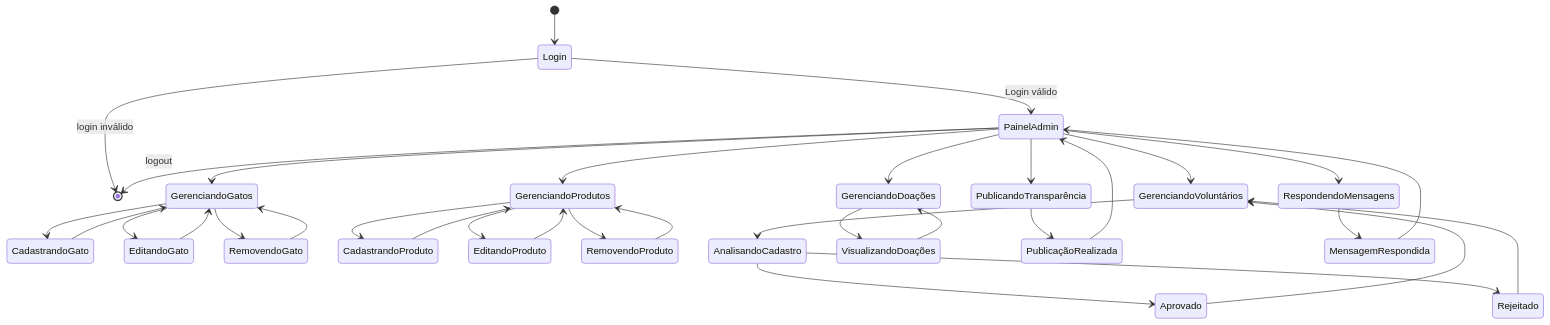
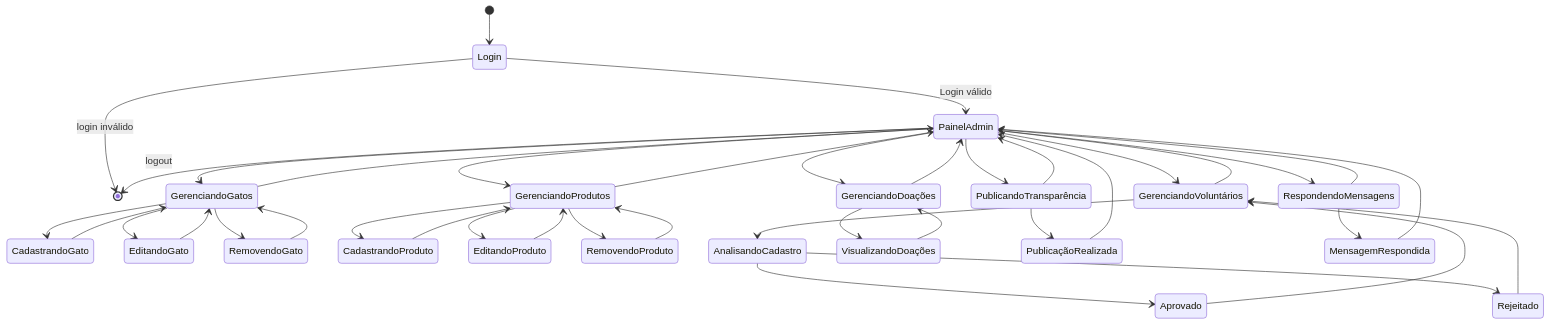
One commit to ligiaoliveira/Casa-dos-Gatos changed the sixth of 6 diagrams in README.md. Above: the diagram before and after it, drawn with Mermaid. The commit also changed other lines of this file, not shown here.

````diff
--- a/README.md
+++ b/README.md
@@ -261,52 +262,63 @@
 ```mermaid
 stateDiagram-v2
 
   [*] --> Login
-
   Login --> PainelAdmin : Login válido
   Login --> [*] : login inválido
 
+  %% HUB CENTRAL
+  state PainelAdmin
+  
+  %% Distribuição equilibrada
   PainelAdmin --> GerenciandoGatos
   PainelAdmin --> GerenciandoProdutos
   PainelAdmin --> GerenciandoVoluntários
   PainelAdmin --> GerenciandoDoações
   PainelAdmin --> PublicandoTransparência
   PainelAdmin --> RespondendoMensagens
+
+  %% Retornos
+  GerenciandoGatos --> PainelAdmin
+  GerenciandoProdutos --> PainelAdmin
+  GerenciandoVoluntários --> PainelAdmin
+  GerenciandoDoações --> PainelAdmin
+  PublicandoTransparência --> PainelAdmin
+  RespondendoMensagens --> PainelAdmin
 
   %% Gatos
   GerenciandoGatos --> CadastrandoGato
   GerenciandoGatos --> EditandoGato
   GerenciandoGatos --> RemovendoGato
   CadastrandoGato --> GerenciandoGatos
   EditandoGato --> GerenciandoGatos
   RemovendoGato --> GerenciandoGatos
 
   %% Produtos
   GerenciandoProdutos --> CadastrandoProduto
   GerenciandoProdutos --> EditandoProduto
   GerenciandoProdutos --> RemovendoProduto
   CadastrandoProduto --> GerenciandoProdutos
   EditandoProduto --> GerenciandoProdutos
   RemovendoProduto --> GerenciandoProdutos
 
   %% Voluntários
   GerenciandoVoluntários --> AnalisandoCadastro
   AnalisandoCadastro --> Aprovado
   AnalisandoCadastro --> Rejeitado
   Aprovado --> GerenciandoVoluntários
   Rejeitado --> GerenciandoVoluntários
 
   %% Doações
   GerenciandoDoações --> VisualizandoDoações
   VisualizandoDoações --> GerenciandoDoações
 
   %% Transparência
   PublicandoTransparência --> PublicaçãoRealizada
   PublicaçãoRealizada --> PainelAdmin
 
   %% Mensagens
   RespondendoMensagens --> MensagemRespondida
   MensagemRespondida --> PainelAdmin
 
   PainelAdmin --> [*] : logout
 ```
````
